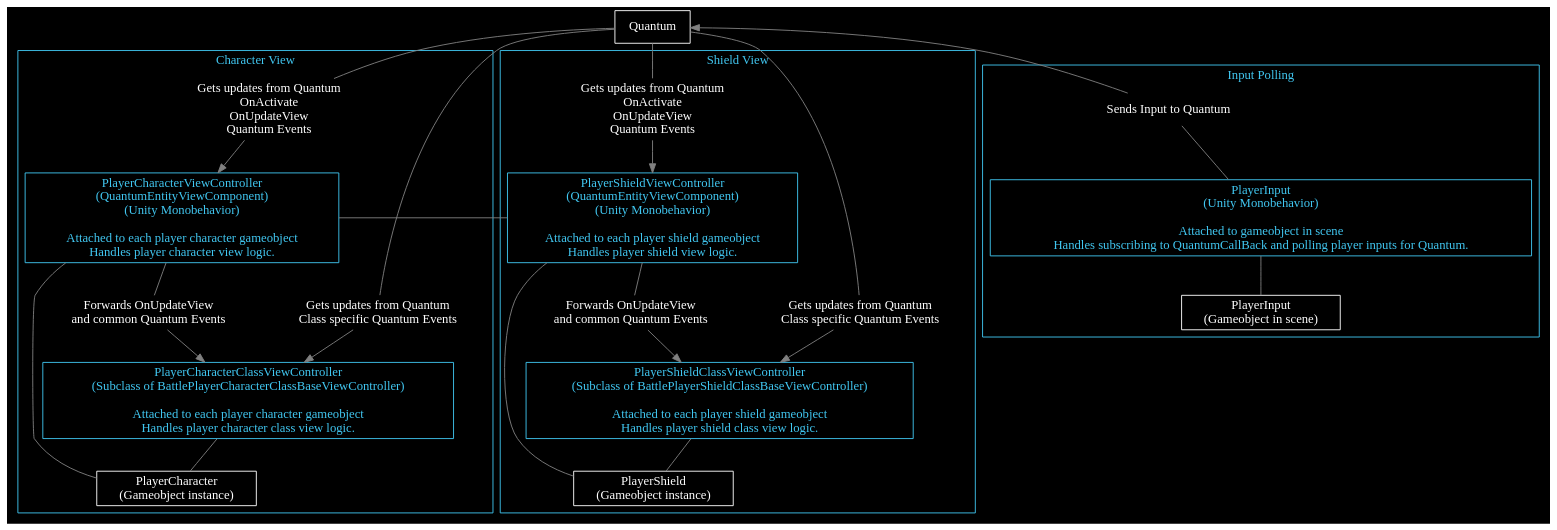
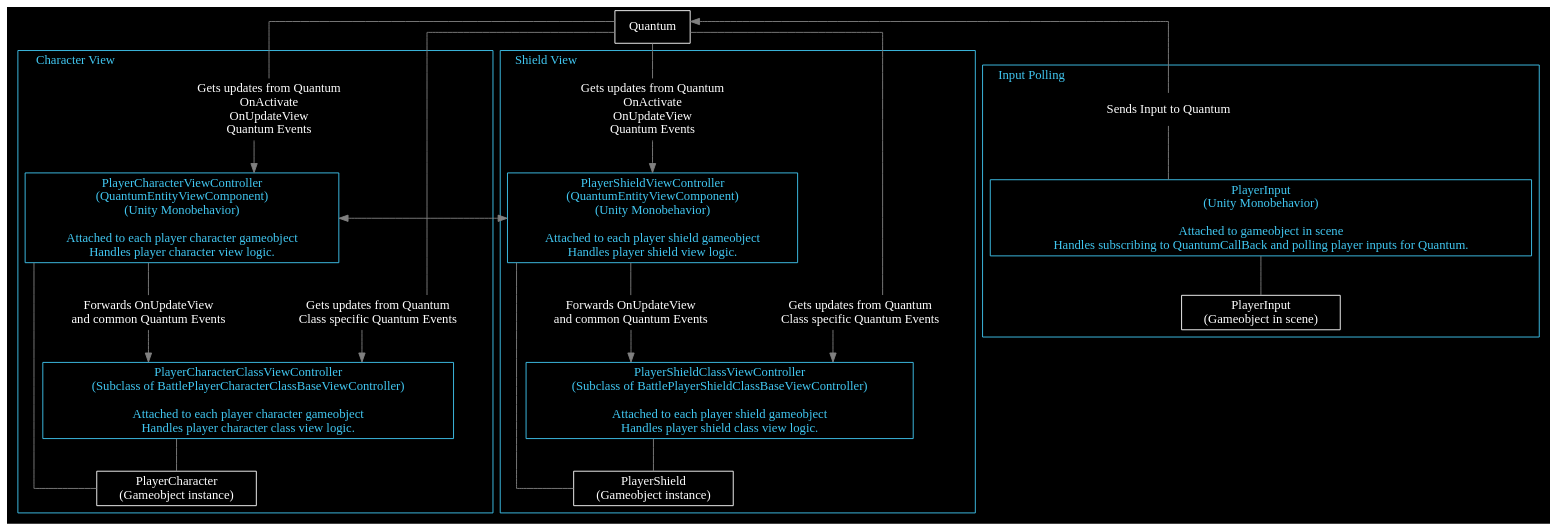
Before and after one commit to Alt-Org/Altzone: the ninth of 9 diagrams in Doc/Doxygen/Battle/additional-documentation/pages/1-concepts-player-.md, drawn with Graphviz. The commit also changed other lines of this file and 9 other files, not shown here.

````diff
--- a/Doc/Doxygen/Battle/additional-documentation/pages/1-concepts-player-.md
+++ b/Doc/Doxygen/Battle/additional-documentation/pages/1-concepts-player-.md
@@ -673,6 +733,7 @@
   color=white;
   fontcolor=white;
   bgcolor=black;
+  splines=ortho;
 
   node [shape=box, style=filled, color=white, fontcolor=white, fillcolor=black];
   edge [color=gray];
@@ -683,6 +744,7 @@
     color="#41C7F1";
     fontcolor="#41C7F1";
     label = "Character View";
+    labeljust="l"
 
     node [shape=box, style=filled, color=white, fontcolor=white, fillcolor=black];
 
@@ -709,6 +771,7 @@
     color="#41C7F1";
     fontcolor="#41C7F1";
     label = "Shield View";
+    labeljust="l"
 
     node [shape=box, style=filled, color=white, fontcolor=white, fillcolor=black];
 
@@ -735,6 +798,7 @@
     color="#41C7F1";
     fontcolor="#41C7F1";
     label = "Input Polling";
+    labeljust="l"
 
     node [shape=box, style=filled, color=white, fontcolor=white, fillcolor=black];
 
@@ -758,6 +822,6 @@
 
   Quantum -> UpdateCharacterLink, UpdateShieldLink;
   Quantum -> ClassCharacterQuantumLink, ClassShieldQuantumLink;
-  PlayerShieldViewController -> PlayerCharacterViewController [constraint = false];
+  PlayerShieldViewController -> PlayerCharacterViewController [constraint = false, dir=both];
 }
 ```
````
